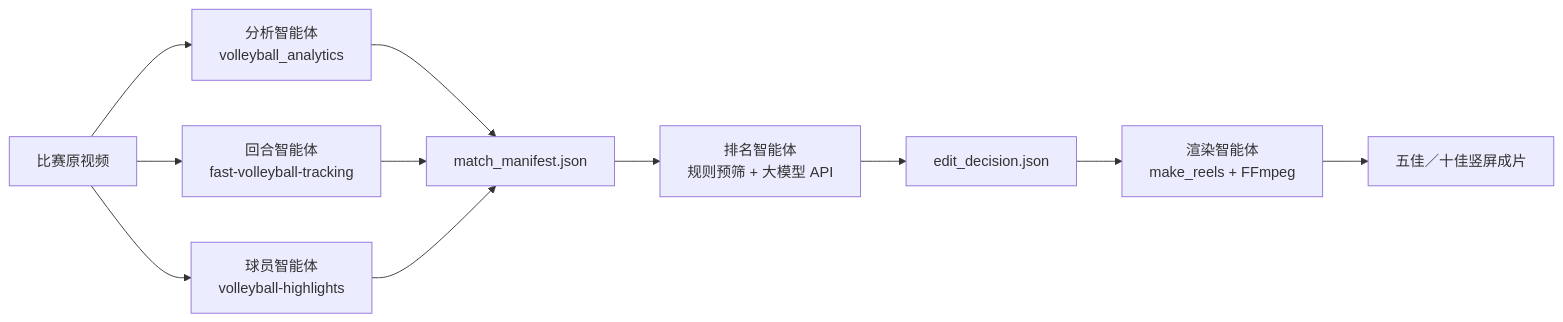
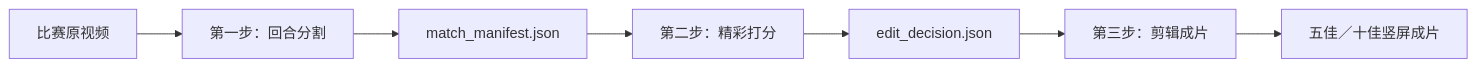
Before and after one commit to rudykon/VolleyMole: the diagram in docs/项目目标与实施方案.md, drawn with Mermaid. The commit also changed other lines of this file and 1 other file, not shown here.

Commit message:
docs: center the three-step production flow

````diff
--- a/docs/项目目标与实施方案.md
+++ b/docs/项目目标与实施方案.md
@@ -43,13 +55,9 @@
 ```mermaid
 flowchart LR
-  V[比赛原视频] --> A[分析智能体<br/>volleyball_analytics]
-  V --> B[回合智能体<br/>fast-volleyball-tracking]
-  V --> C[球员智能体<br/>volleyball-highlights]
-  A --> M[match_manifest.json]
-  B --> M
-  C --> M
-  M --> L[排名智能体<br/>规则预筛 + 大模型 API]
-  L --> E[edit_decision.json]
-  E --> R[渲染智能体<br/>make_reels + FFmpeg]
-  R --> O[五佳／十佳竖屏成片]
+  V[比赛原视频] --> S[第一步：回合分割]
+  S --> M[match_manifest.json]
+  M --> R[第二步：精彩打分]
+  R --> E[edit_decision.json]
+  E --> C[第三步：剪辑成片]
+  C --> O[五佳／十佳竖屏成片]
 ```
````
